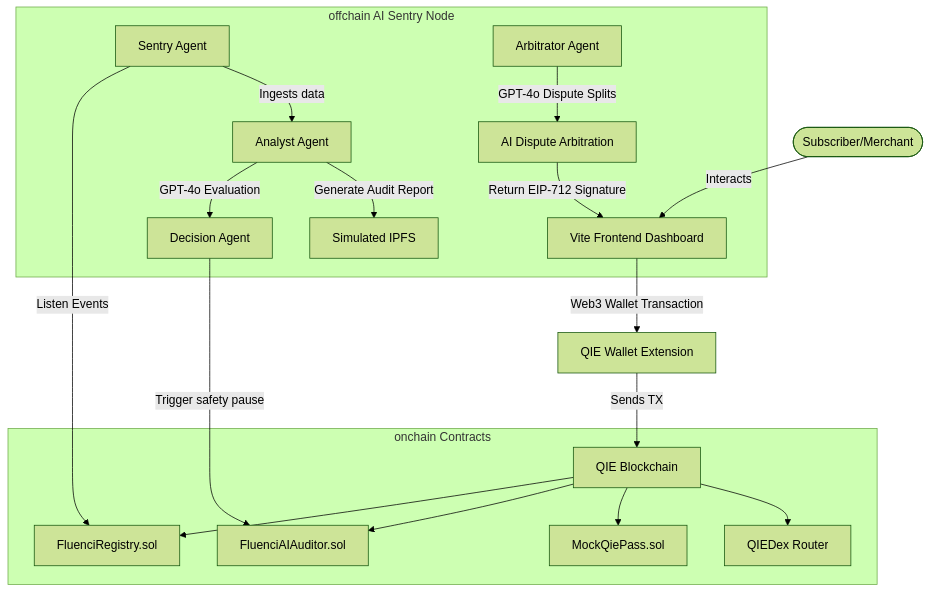
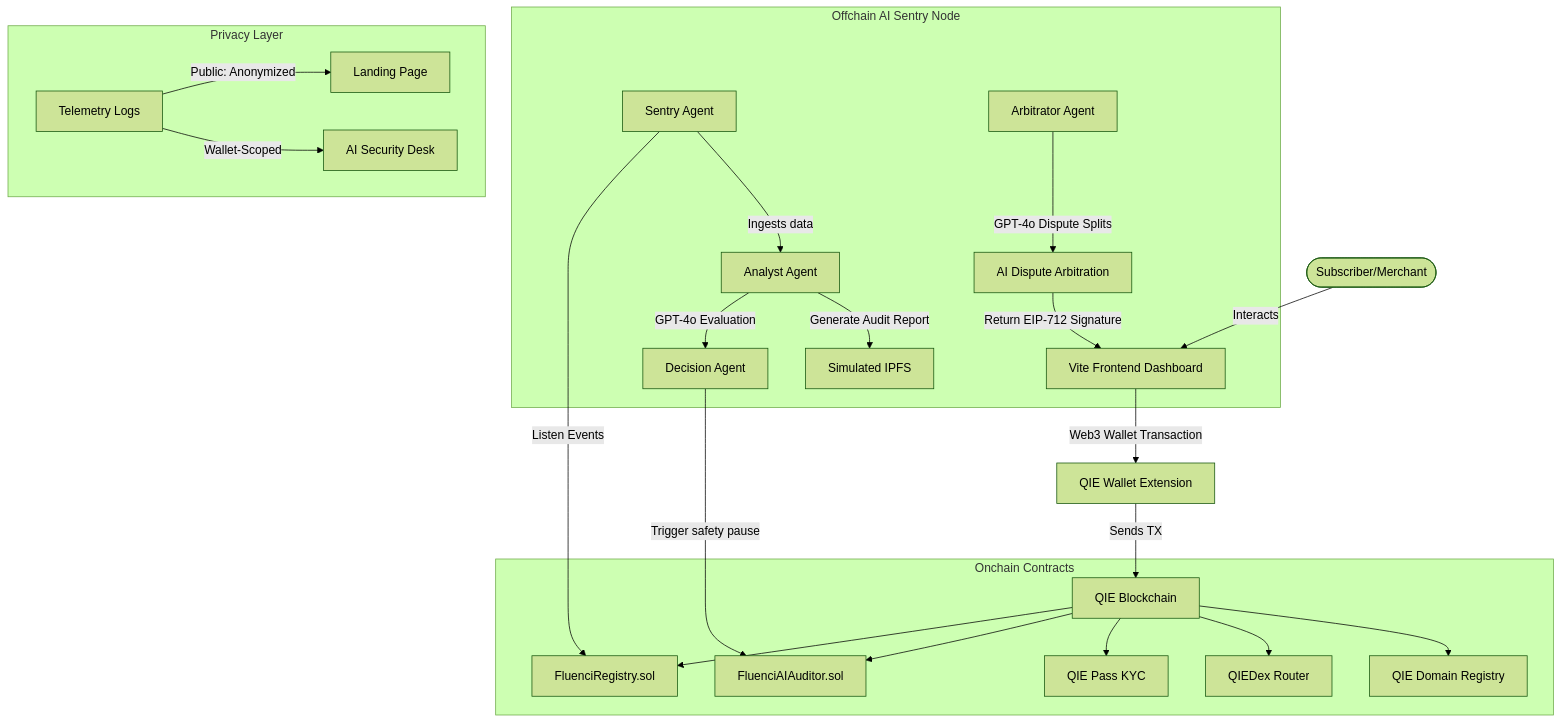
One commit to mrnetwork0001/Fluenci changed the diagram in README.md. Above: the diagram before and after it, drawn with Mermaid (forest theme). The commit also changed other lines of this file, not shown here.

````diff
--- a/README.md
+++ b/README.md
@@ -29,24 +56,30 @@
 ```mermaid
 graph TD
     User([Subscriber/Merchant]) -->|Interacts| UI[Vite Frontend Dashboard]
     UI -->|Web3 Wallet Transaction| Wallet[QIE Wallet Extension]
     Wallet -->|Sends TX| BC[QIE Blockchain]
     
-    subgraph onchain Contracts
+    subgraph Onchain Contracts
         BC --> Registry[FluenciRegistry.sol]
         BC --> Auditor[FluenciAIAuditor.sol]
-        BC --> QPass[MockQiePass.sol]
+        BC --> QPass[QIE Pass KYC]
         BC --> QDex[QIEDex Router]
+        BC --> QDom[QIE Domain Registry]
     end
     
-    subgraph offchain AI Sentry Node
+    subgraph Offchain AI Sentry Node
         Sentry[Sentry Agent] -->|Listen Events| Registry
         Sentry -->|Ingests data| Analyst[Analyst Agent]
         Analyst -->|GPT-4o Evaluation| Decision[Decision Agent]
         Analyst -->|Generate Audit Report| IPFS[Simulated IPFS]
         Decision -->|Trigger safety pause| Auditor
         
         Arbitrator[Arbitrator Agent] -->|GPT-4o Dispute Splits| Dispute[AI Dispute Arbitration]
         Dispute -->|Return EIP-712 Signature| UI
     end
+
+    subgraph Privacy Layer
+        Telemetry[Telemetry Logs] -->|Public: Anonymized| Landing[Landing Page]
+        Telemetry -->|Wallet-Scoped| SecurityDesk[AI Security Desk]
+    end
 ```
````
